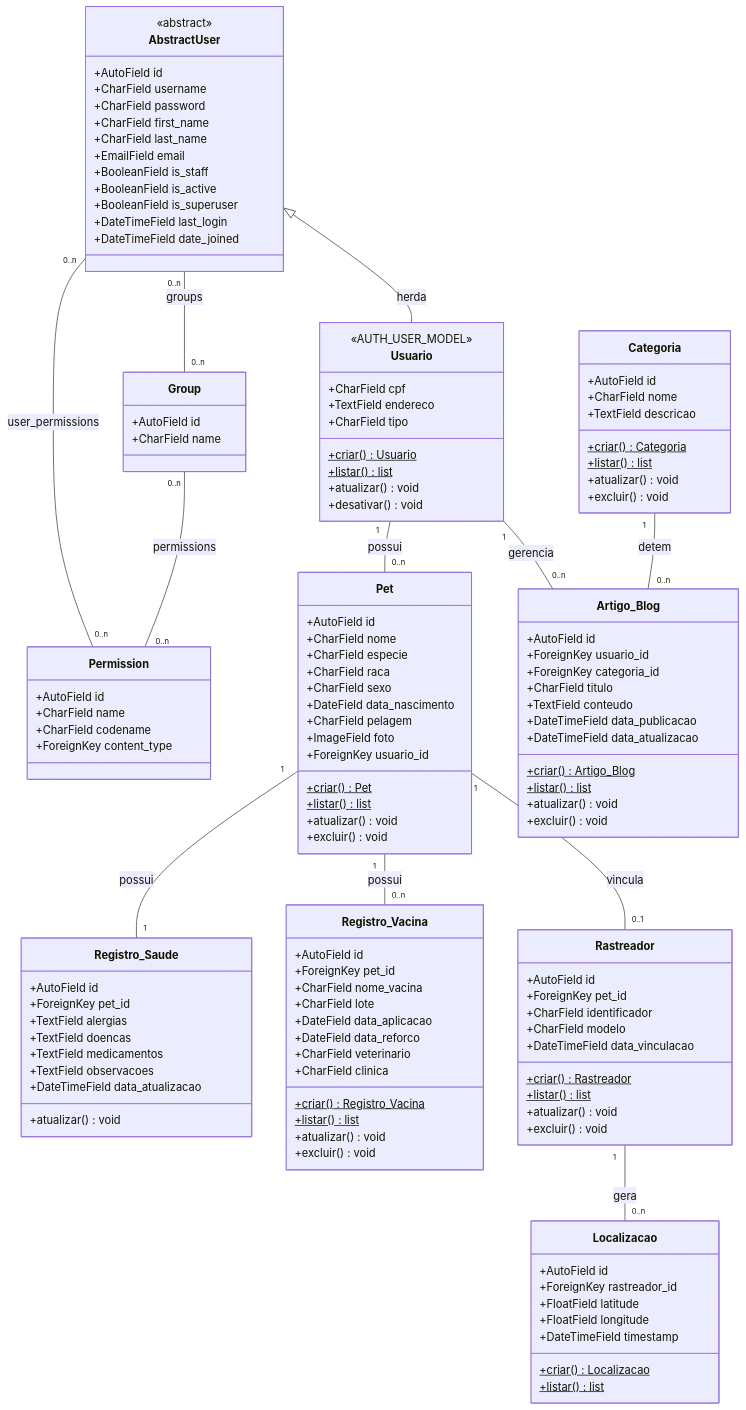
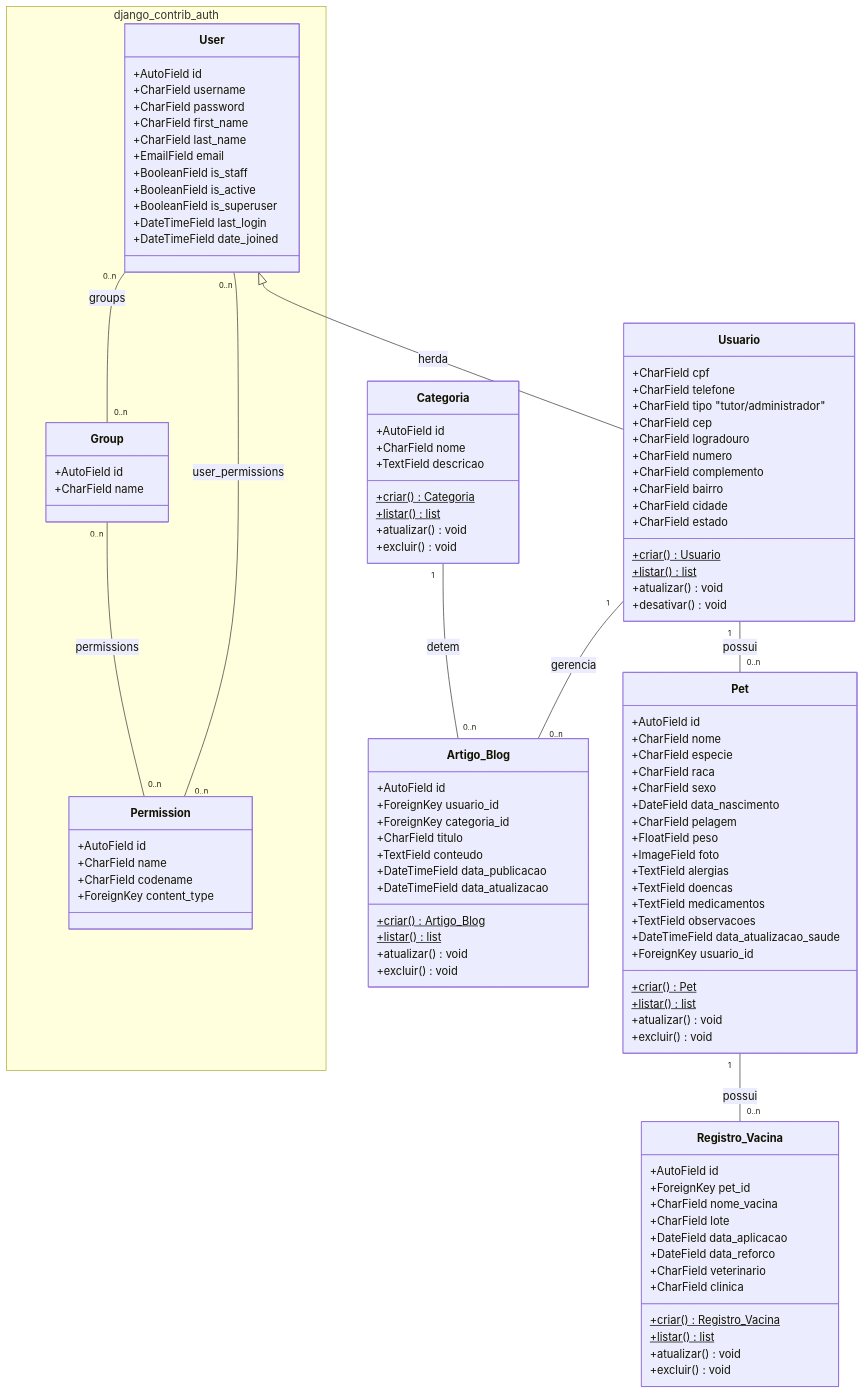
The diagram in diagramaUML.mmd (ErickGuxta/save_pet), drawn with Mermaid before and after one commit. The commit also changed 1 other file, not shown here.

Commit message:
feat: diagrama de classe corrigido

```diff
--- a/diagramaUML.mmd
+++ b/diagramaUML.mmd
@@ -1,141 +1,117 @@
 classDiagram
-    %% ===================== DJANGO.CONTRIB.AUTH (framework, não implementado pelo projeto) =====================
-    class AbstractUser {
-        <<abstract>>
-        +AutoField id
-        +CharField username
-        +CharField password
-        +CharField first_name
-        +CharField last_name
-        +EmailField email
-        +BooleanField is_staff
-        +BooleanField is_active
-        +BooleanField is_superuser
-        +DateTimeField last_login
-        +DateTimeField date_joined
+    namespace django_contrib_auth {
+        class User {
+            +AutoField id
+            +CharField username
+            +CharField password
+            +CharField first_name
+            +CharField last_name
+            +EmailField email
+            +BooleanField is_staff
+            +BooleanField is_active
+            +BooleanField is_superuser
+            +DateTimeField last_login
+            +DateTimeField date_joined
+        }
+
+        class Group {
+            +AutoField id
+            +CharField name
+        }
+
+        class Permission {
+            +AutoField id
+            +CharField name
+            +CharField codename
+            +ForeignKey content_type
+        }
     }
 
-    class Group {
-        +AutoField id
-        +CharField name
-    }
-
-    class Permission {
-        +AutoField id
-        +CharField name
-        +CharField codename
-        +ForeignKey content_type
-    }
-
-    AbstractUser "0..n" -- "0..n" Group : groups
-    AbstractUser "0..n" -- "0..n" Permission : user_permissions
+    User "0..n" -- "0..n" Group : groups
+    User "0..n" -- "0..n" Permission : user_permissions
     Group "0..n" -- "0..n" Permission : permissions
 
     %% ===================== DOMÍNIO SAVEPET =====================
     class Usuario {
-        <<AUTH_USER_MODEL>>
         +CharField cpf
-        +TextField endereco
-        +CharField tipo
+        +CharField telefone
+        +CharField tipo "tutor/administrador"
+        +CharField cep
+        +CharField logradouro
+        +CharField numero
+        +CharField complemento
+        +CharField bairro
+        +CharField cidade
+        +CharField estado
         +criar()$ Usuario
         +listar()$ list
         +atualizar() void
         +desativar() void
     }
-    AbstractUser <|-- Usuario : herda
+    User <|-- Usuario : herda
 
     class Pet {
         +AutoField id
         +CharField nome
         +CharField especie
         +CharField raca
         +CharField sexo
         +DateField data_nascimento
         +CharField pelagem
+        +FloatField peso
         +ImageField foto
+        +TextField alergias
+        +TextField doencas
+        +TextField medicamentos
+        +TextField observacoes
+        +DateTimeField data_atualizacao_saude
         +ForeignKey usuario_id
         +criar()$ Pet
         +listar()$ list
         +atualizar() void
         +excluir() void
-    }
-
-    class Registro_Saude {
-        +AutoField id
-        +ForeignKey pet_id
-        +TextField alergias
-        +TextField doencas
-        +TextField medicamentos
-        +TextField observacoes
-        +DateTimeField data_atualizacao
-        +atualizar() void
     }
 
     class Registro_Vacina {
         +AutoField id
         +ForeignKey pet_id
         +CharField nome_vacina
         +CharField lote
         +DateField data_aplicacao
         +DateField data_reforco
         +CharField veterinario
         +CharField clinica
         +criar()$ Registro_Vacina
         +listar()$ list
         +atualizar() void
         +excluir() void
-    }
-
-    class Rastreador {
-        +AutoField id
-        +ForeignKey pet_id
-        +CharField identificador
-        +CharField modelo
-        +DateTimeField data_vinculacao
-        +criar()$ Rastreador
-        +listar()$ list
-        +atualizar() void
-        +excluir() void
-    }
-
-    class Localizacao {
-        +AutoField id
-        +ForeignKey rastreador_id
-        +FloatField latitude
-        +FloatField longitude
-        +DateTimeField timestamp
-        +criar()$ Localizacao
-        +listar()$ list
     }
 
     class Categoria {
         +AutoField id
         +CharField nome
         +TextField descricao
         +criar()$ Categoria
         +listar()$ list
         +atualizar() void
         +excluir() void
     }
 
     class Artigo_Blog {
         +AutoField id
         +ForeignKey usuario_id
         +ForeignKey categoria_id
         +CharField titulo
         +TextField conteudo
         +DateTimeField data_publicacao
         +DateTimeField data_atualizacao
         +criar()$ Artigo_Blog
         +listar()$ list
         +atualizar() void
         +excluir() void
     }
 
     Usuario "1" -- "0..n" Pet : possui
     Usuario "1" -- "0..n" Artigo_Blog : gerencia
-    Pet "1" -- "1" Registro_Saude : possui
     Pet "1" -- "0..n" Registro_Vacina : possui
-    Pet "1" -- "0..1" Rastreador : vincula
-    Rastreador "1" -- "0..n" Localizacao : gera
     Categoria "1" -- "0..n" Artigo_Blog : detem
```
